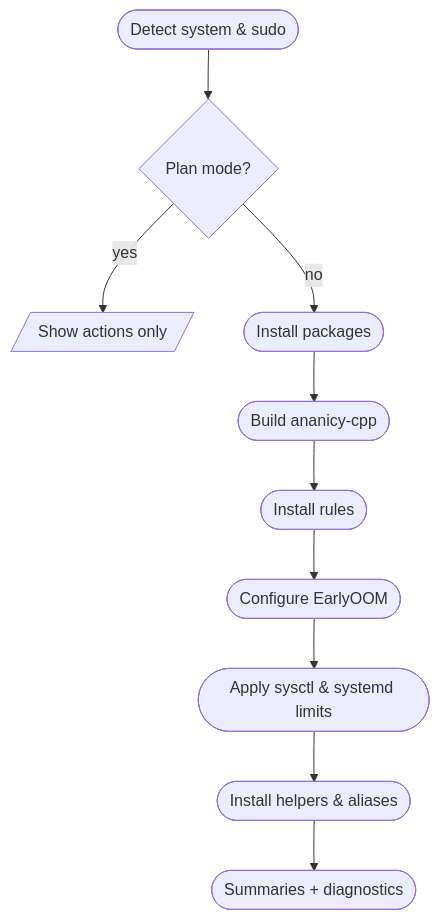
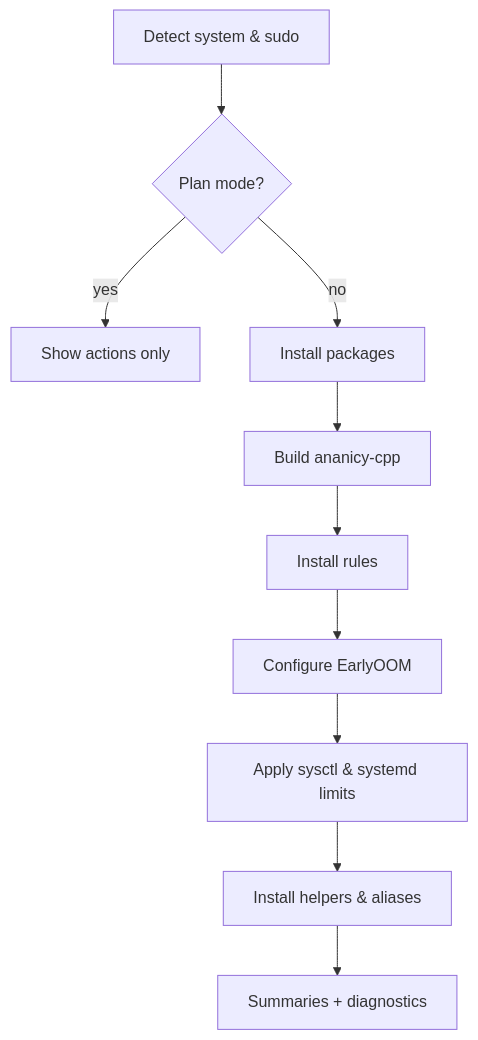
The first of 2 diagrams in README.md (joyshmitz/system_resource_protection_script), drawn with Mermaid before and after one commit.

Commit message:
Update flowchart formatting in README.md for improved clarity and consistency

````diff
--- a/README.md
+++ b/README.md
@@ -29,17 +29,17 @@
 ```mermaid
 flowchart TB
-    A([Detect system & sudo])
-    B{Plan mode?}
-    C[/Show actions only/]
-    D([Install packages])
-    E([Build ananicy-cpp])
-    F([Install rules])
-    G([Configure EarlyOOM])
-    H([Apply sysctl & systemd limits])
-    I([Install helpers & aliases])
-    J([Summaries + diagnostics])
+    A["Detect system & sudo"]
+    B{"Plan mode?"}
+    C["Show actions only"]
+    D["Install packages"]
+    E["Build ananicy-cpp"]
+    F["Install rules"]
+    G["Configure EarlyOOM"]
+    H["Apply sysctl & systemd limits"]
+    I["Install helpers & aliases"]
+    J["Summaries + diagnostics"]
 
     A --> B
     B -->|yes| C
     B -->|no| D --> E --> F --> G --> H --> I --> J
 ```
````
